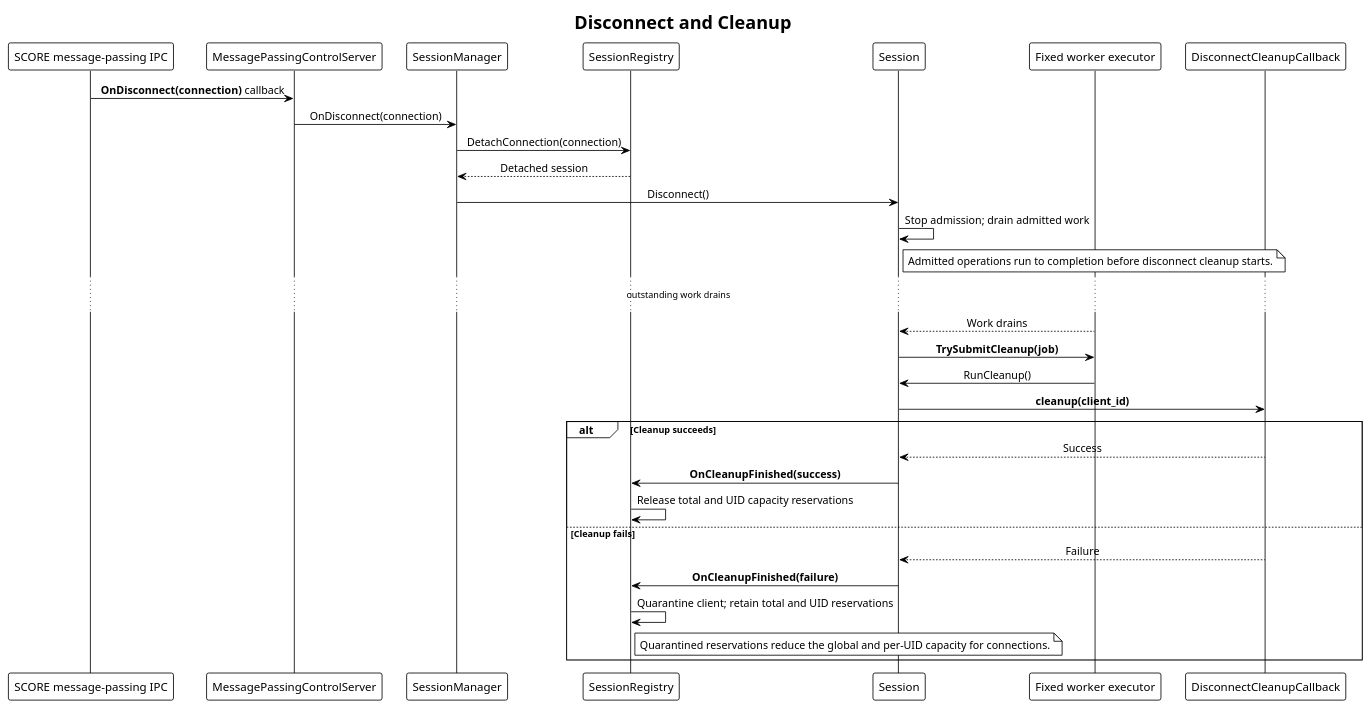
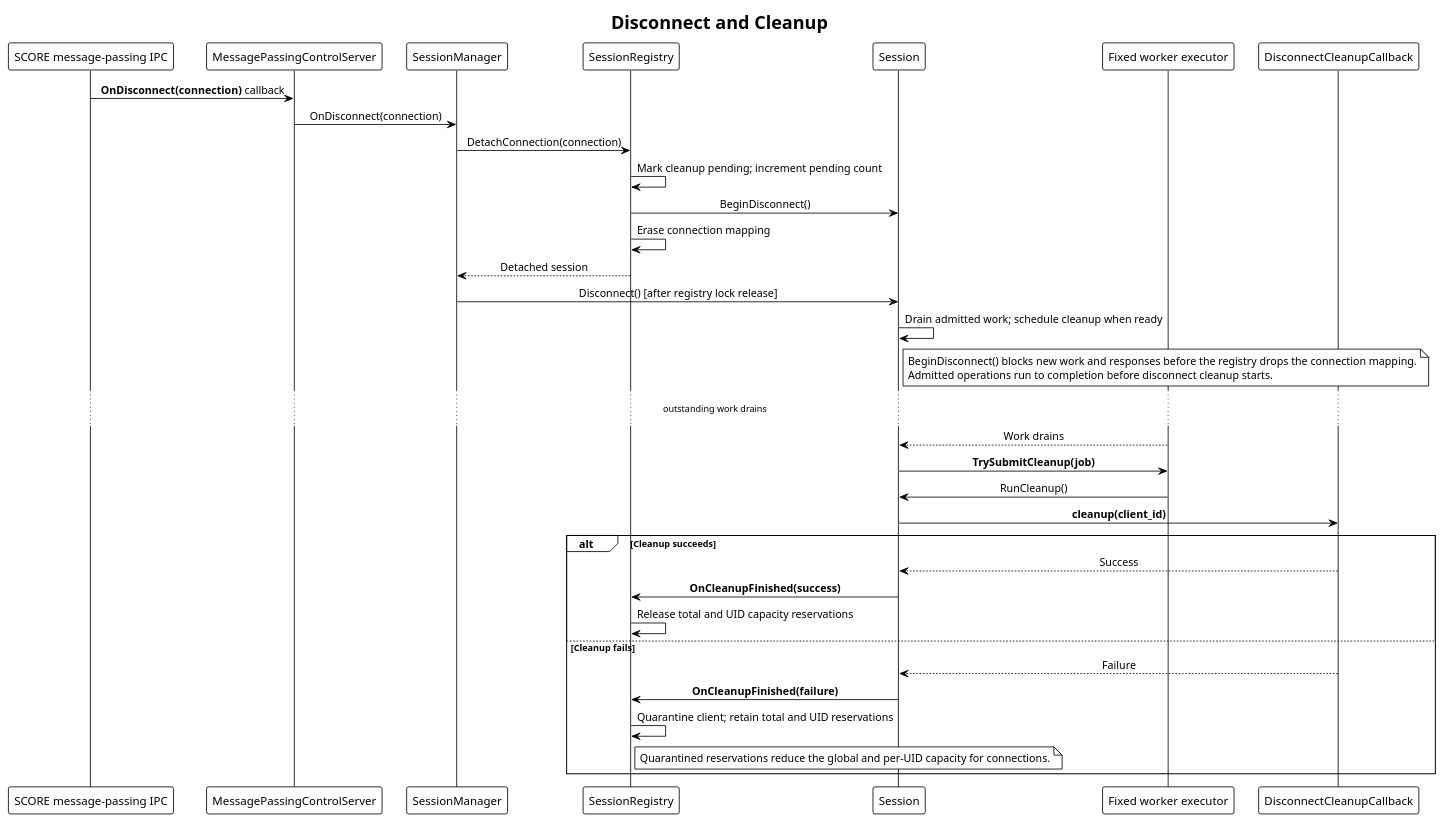
Before and after one commit to eclipse-score/inc_security_crypto: the diagram in score/crypto/src/ipc/message_passing_adapter/docs/detailed_design/message_passing_adapter_overview_disconnect_flow.puml, drawn with PlantUML. The commit also changed 23 other files, not shown here.

```diff
--- a/score/crypto/src/ipc/message_passing_adapter/docs/detailed_design/message_passing_adapter_overview_disconnect_flow.puml
+++ b/score/crypto/src/ipc/message_passing_adapter/docs/detailed_design/message_passing_adapter_overview_disconnect_flow.puml
@@ -14,46 +14,50 @@
 @startuml message_passing_adapter_disconnect_flow
 !theme plain
 skinparam sequenceMessageAlign center
 skinparam shadowing false
 
 title Disconnect and Cleanup
 
 participant "SCORE message-passing IPC" as Transport
 participant "MessagePassingControlServer" as Server
 participant "SessionManager" as SessionManager
 participant "SessionRegistry" as Registry
 participant "Session" as Session
 participant "Fixed worker executor" as Executor
 participant "DisconnectCleanupCallback" as Cleanup
 
 Transport -> Server: **OnDisconnect(connection)** callback
 Server -> SessionManager: OnDisconnect(connection)
 SessionManager -> Registry: DetachConnection(connection)
+Registry -> Registry: Mark cleanup pending; increment pending count
+Registry -> Session: BeginDisconnect()
+Registry -> Registry: Erase connection mapping
 Registry --> SessionManager: Detached session
-SessionManager -> Session: Disconnect()
-Session -> Session: Stop admission; drain admitted work
+SessionManager -> Session: Disconnect() [after registry lock release]
+Session -> Session: Drain admitted work; schedule cleanup when ready
 
 note right of Session
+	BeginDisconnect() blocks new work and responses before the registry drops the connection mapping.
 	Admitted operations run to completion before disconnect cleanup starts.
 end note
 
 ... outstanding work drains ...
 
 Executor --> Session: Work drains
 Session -> Executor: **TrySubmitCleanup(job)**
 Executor -> Session: RunCleanup()
 Session -> Cleanup: **cleanup(client_id)**
 alt Cleanup succeeds
 	Cleanup --> Session: Success
 	Session -> Registry: **OnCleanupFinished(success)**
 	Registry -> Registry: Release total and UID capacity reservations
 else Cleanup fails
 	Cleanup --> Session: Failure
 	Session -> Registry: **OnCleanupFinished(failure)**
 	Registry -> Registry: Quarantine client; retain total and UID reservations
 	note right of Registry
 		Quarantined reservations reduce the global and per-UID capacity for connections.
 	end note
 end
 
 @enduml
```
